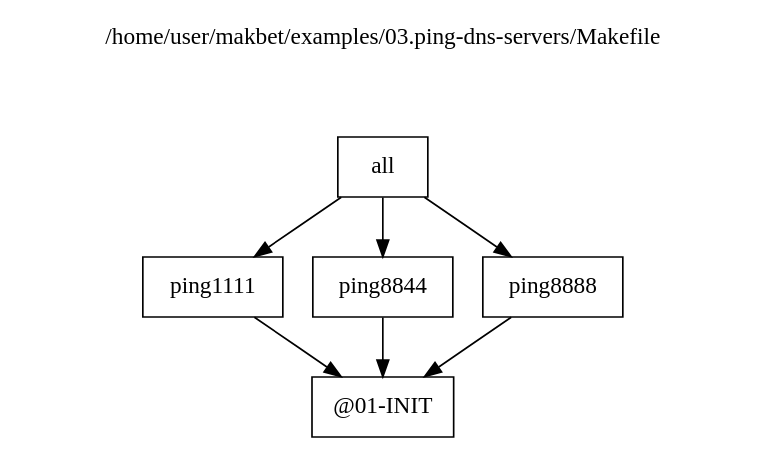
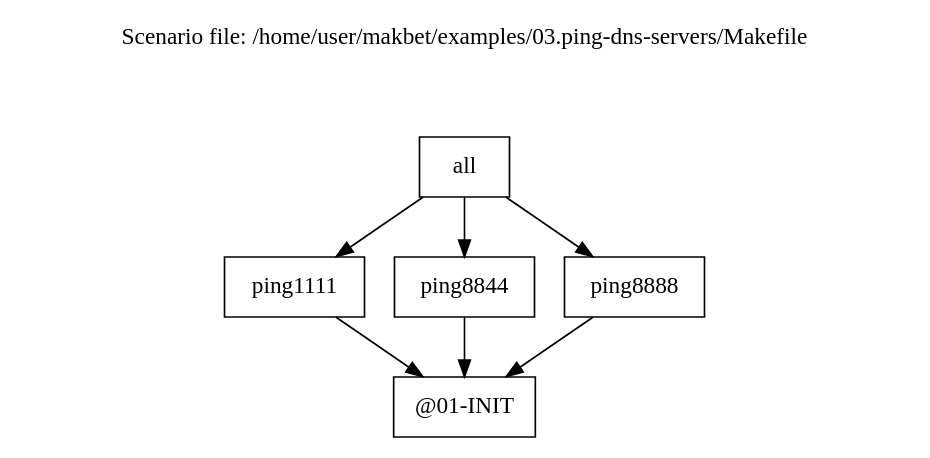
One commit to skaluzka/makbet changed the diagram in docs/examples/03.ping-dns-servers/results.dot. Above: the diagram before and after it, drawn with Graphviz. The commit also changed 11 other files, not shown here.

```diff
--- a/docs/examples/03.ping-dns-servers/results.dot
+++ b/docs/examples/03.ping-dns-servers/results.dot
@@ -1,29 +1,29 @@
 digraph {
 
 // This file has been generated by makbet heads/master-0-g88262d1
 // Generation date: Wed 19 Aug 2020 01:21:07 AM CEST
-// Input: /home/user/makbet/examples/03.ping-dns-servers/Makefile
+// Scenario file: /home/user/makbet/examples/03.ping-dns-servers/Makefile
 
 // Graph title.
 labelloc="t";
-label="/home/user/makbet/examples/03.ping-dns-servers/Makefile\n\n\n\n"
+label="Scenario file: /home/user/makbet/examples/03.ping-dns-servers/Makefile\n\n\n\n"
 
 // Node options.
 node [shape=box];
 
 "all" -> "ping1111";
 "all" -> "ping8844";
 "all" -> "ping8888";
 
 "@01-INIT";
 
 "ping1111" -> "@01-INIT";
 
 "ping8844" -> "@01-INIT";
 
 "ping8888" -> "@01-INIT";
 
 }
 
 
 // End of file
```
